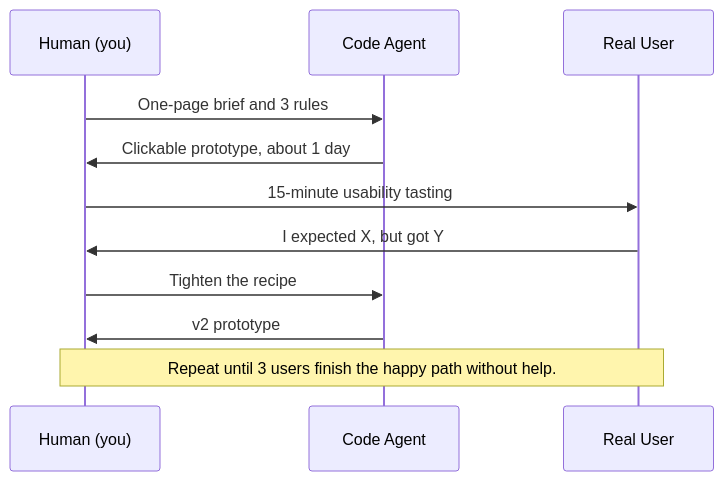
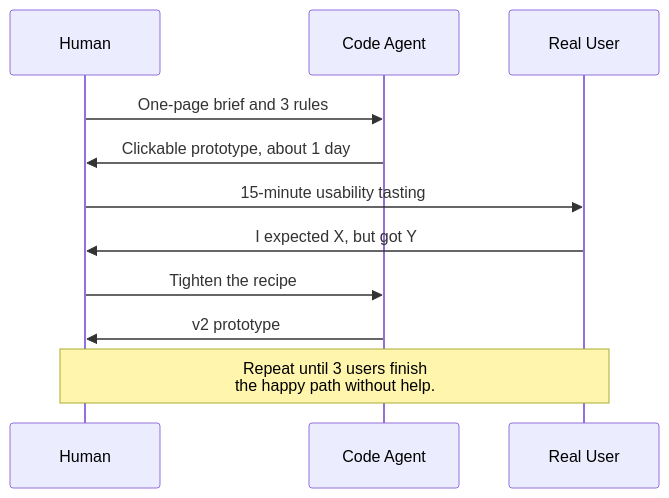
Before and after one commit to softbakedev/recipes: the second of 4 diagrams in how-to-turn-an-idea-into-a-product-recipe/README.md, drawn with Mermaid. The commit also changed other lines of this file and 4 other files, not shown here.

````diff
--- a/how-to-turn-an-idea-into-a-product-recipe/README.md
+++ b/how-to-turn-an-idea-into-a-product-recipe/README.md
@@ -69,13 +117,13 @@
 ```mermaid
 sequenceDiagram
-    participant H as Human (you)
+    participant H as Human
     participant A as Code Agent
     participant U as Real User
     H->>A: One-page brief and 3 rules
     A->>H: Clickable prototype, about 1 day
     H->>U: 15-minute usability tasting
     U->>H: I expected X, but got Y
     H->>A: Tighten the recipe
     A->>H: v2 prototype
-    Note over H,U: Repeat until 3 users finish the happy path without help.
+    Note over H,U: Repeat until 3 users finish<br/>the happy path without help.
 ```
````
